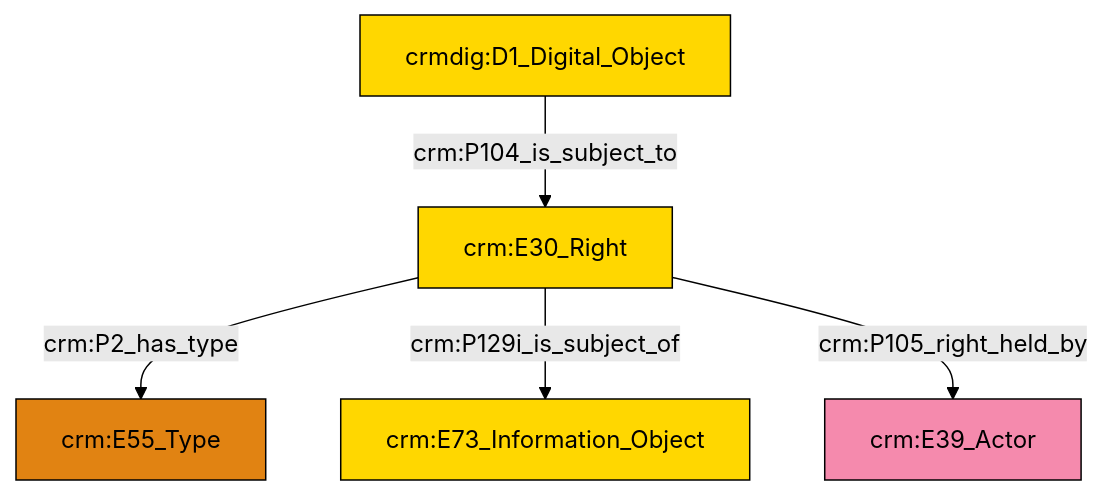
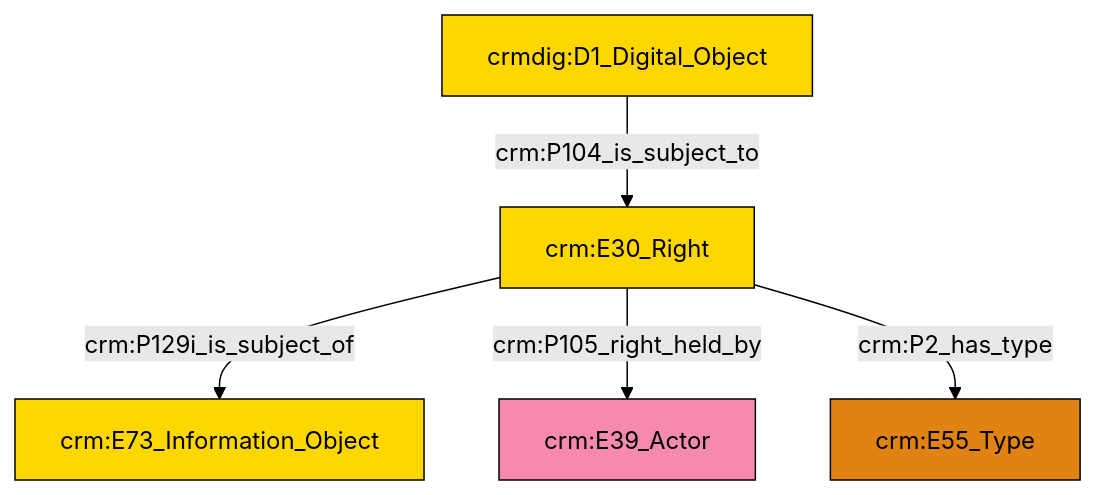
One commit to swiss-art-research-net/docs.swissartresearch changed the diagram in et/doCSV/ttl/mmd/do_rights.ttl.mmd. Above: the diagram before and after it, drawn with Mermaid (forest theme). The commit also changed 178 other files, not shown here.

```diff
--- a/et/doCSV/ttl/mmd/do_rights.ttl.mmd
+++ b/et/doCSV/ttl/mmd/do_rights.ttl.mmd
@@ -1,19 +1,19 @@
 graph TD
 classDef Literal fill:#f2f2f2,stroke:#000000;
 classDef CRM_Entity fill:#FFFFFF,stroke:#000000;
 classDef Temporal_Entity fill:#00C9E6, stroke:#000000;
 classDef Type fill:#E18312, stroke:#000000;
 classDef Time-Span fill:#2C9C91, stroke:#000000;
 classDef Appellation fill:#FFEB7F, stroke:#000000;
 classDef Place fill:#008836, stroke:#000000;
 classDef Persistent_Item fill:#B266B2, stroke:#000000;
 classDef Conceptual_Object fill:#FFD700, stroke:#000000;
 classDef Physical_Thing fill:#D2B48C, stroke:#000000;
 classDef Actor fill:#f58aad, stroke:#000000;
 classDef PC_Classes fill:#4ce600, stroke:#000000;
 classDef Multi fill:#cccccc,stroke:#000000;
 
-0["crm:E30_Right"]:::Conceptual_Object -->|crm:P2_has_type| 2["crm:E55_Type"]:::Type
-0["crm:E30_Right"]:::Conceptual_Object -->|crm:P129i_is_subject_of| 6["crm:E73_Information_Object"]:::Conceptual_Object
-3["crmdig:D1_Digital_Object"]:::Conceptual_Object -->|crm:P104_is_subject_to| 0["crm:E30_Right"]:::Conceptual_Object
-0["crm:E30_Right"]:::Conceptual_Object -->|crm:P105_right_held_by| 7["crm:E39_Actor"]:::Actor
+0["crmdig:D1_Digital_Object"]:::Conceptual_Object -->|crm:P104_is_subject_to| 1["crm:E30_Right"]:::Conceptual_Object
+1["crm:E30_Right"]:::Conceptual_Object -->|crm:P129i_is_subject_of| 5["crm:E73_Information_Object"]:::Conceptual_Object
+1["crm:E30_Right"]:::Conceptual_Object -->|crm:P105_right_held_by| 3["crm:E39_Actor"]:::Actor
+1["crm:E30_Right"]:::Conceptual_Object -->|crm:P2_has_type| 8["crm:E55_Type"]:::Type
```
